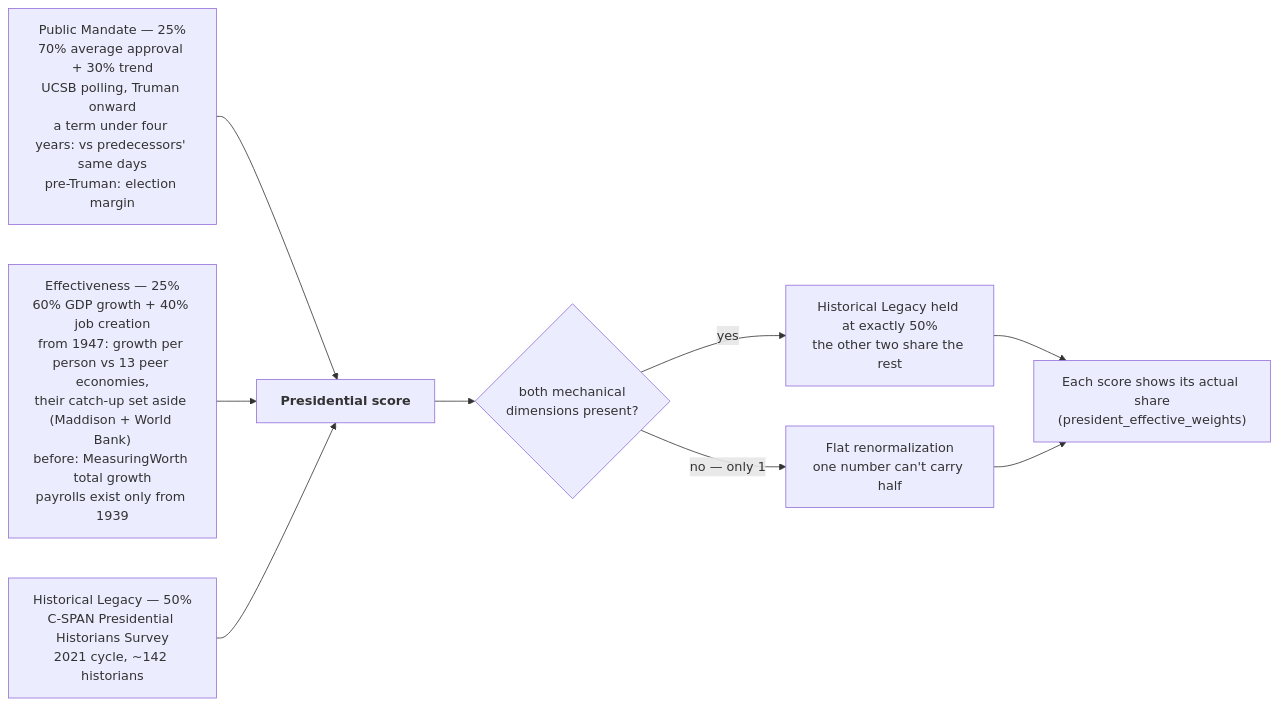
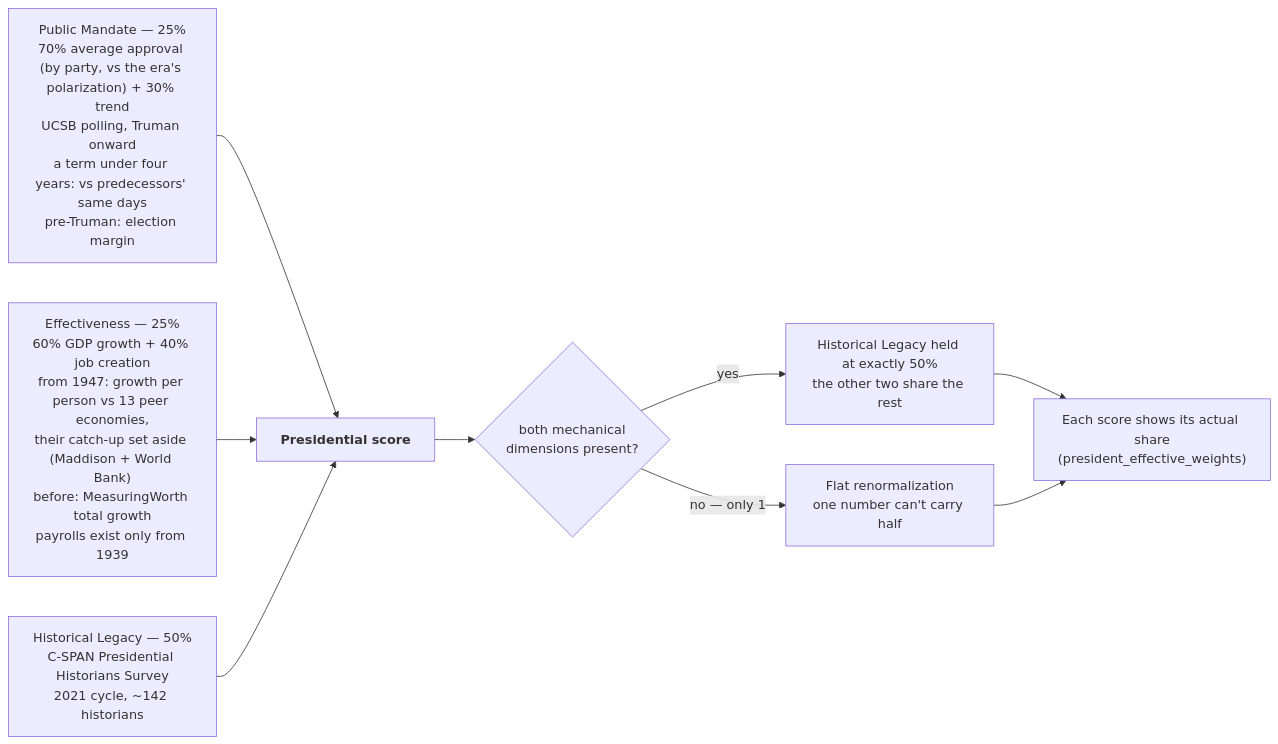
Before and after one commit to kamoras/civitas: the second of 3 diagrams in docs/diagrams/05-scoring.md, drawn with Mermaid. The commit also changed 22 other files, not shown here.

Commit message:
President v9: average approval by party, against the era's polarization

````diff
--- a/docs/diagrams/05-scoring.md
+++ b/docs/diagrams/05-scoring.md
@@ -73,16 +73,16 @@
 ```mermaid
 flowchart LR
-    PM["Public Mandate — 25%<br/>70% average approval + 30% trend<br/>UCSB polling, Truman onward<br/>a term under four years: vs predecessors' same days<br/>pre-Truman: election margin"]
+    PM["Public Mandate — 25%<br/>70% average approval (by party, vs the era's polarization) + 30% trend<br/>UCSB polling, Truman onward<br/>a term under four years: vs predecessors' same days<br/>pre-Truman: election margin"]
     EFF["Effectiveness — 25%<br/>60% GDP growth + 40% job creation<br/>from 1947: growth per person vs 13 peer economies,<br/>their catch-up set aside (Maddison + World Bank)<br/>before: MeasuringWorth total growth<br/>payrolls exist only from 1939"]
     HL["Historical Legacy — 50%<br/>C-SPAN Presidential Historians Survey<br/>2021 cycle, ~142 historians"]
 
     PM --> OVR["<b>Presidential score</b>"]
     EFF --> OVR
     HL --> OVR
 
     OVR --> RENORM{"both mechanical<br/>dimensions present?"}
     RENORM -->|yes| HOLD["Historical Legacy held at exactly 50%<br/>the other two share the rest"]
     RENORM -->|"no — only 1"| FLAT["Flat renormalization<br/>one number can't carry half"]
     HOLD --> SHOWN["Each score shows its actual share<br/>(president_effective_weights)"]
     FLAT --> SHOWN
 ```
````
